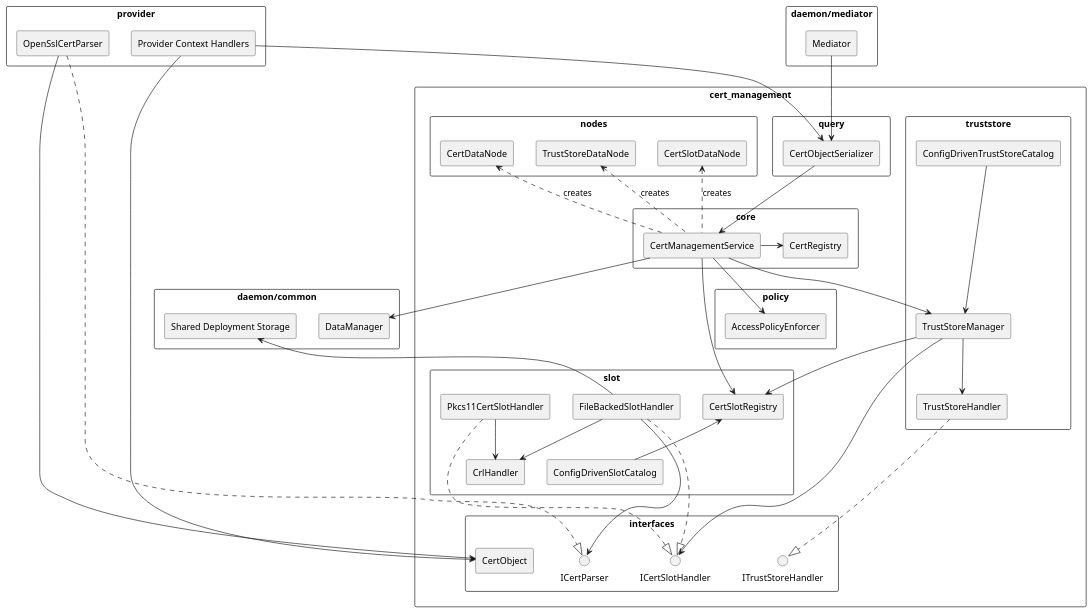
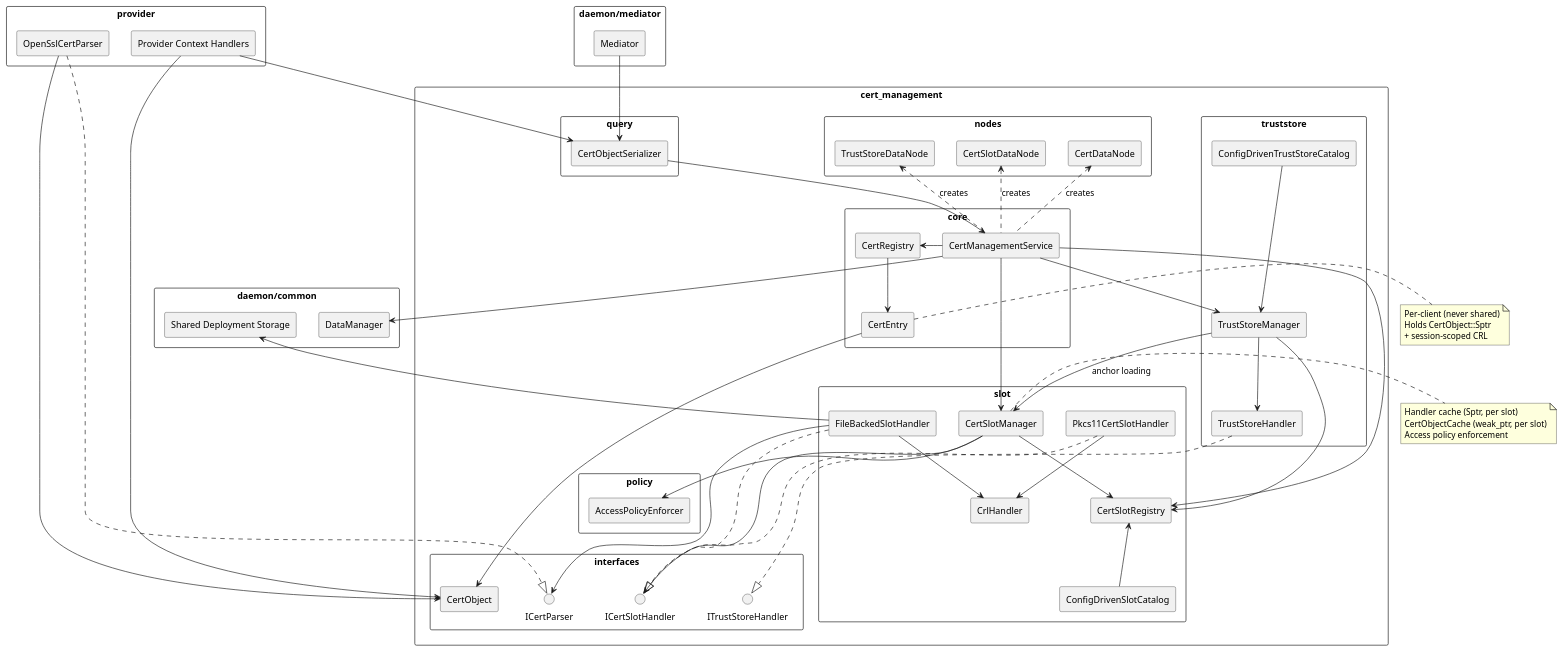
One commit to eclipse-score/inc_security_crypto changed the diagram in score/crypto/src/daemon/cert_management/docs/architecture/cert_management_static.puml. Above: the diagram before and after it, drawn with PlantUML. The commit also changed 25 other files, not shown here.

```diff
--- a/score/crypto/src/daemon/cert_management/docs/architecture/cert_management_static.puml
+++ b/score/crypto/src/daemon/cert_management/docs/architecture/cert_management_static.puml
@@ -14,84 +14,104 @@
 @startuml cert_management_static
 top to bottom direction
 skinparam componentStyle rectangle
 skinparam packageStyle rectangle
 
 package "cert_management" {
   package "core" {
     [CertManagementService]
     [CertRegistry]
+    [CertEntry]
   }
   package "interfaces" {
     interface ICertSlotHandler
     interface ITrustStoreHandler
     interface ICertParser
     [CertObject]
   }
   package "nodes" {
     [CertSlotDataNode]
     [CertDataNode]
     [TrustStoreDataNode]
   }
   package "slot" {
+    [CertSlotManager]
     [CertSlotRegistry]
     [ConfigDrivenSlotCatalog]
     [FileBackedSlotHandler]
     [Pkcs11CertSlotHandler]
     [CrlHandler]
   }
   package "truststore" {
     [TrustStoreManager]
     [TrustStoreHandler]
     [ConfigDrivenTrustStoreCatalog]
   }
   package "policy" {
     [AccessPolicyEnforcer]
   }
   package "query" {
     [CertObjectSerializer]
   }
 }
 
 package "daemon/common" {
   [DataManager]
   [Shared Deployment Storage]
 }
 
 package "provider" {
   [OpenSslCertParser]
   [Provider Context Handlers]
 }
 
 package "daemon/mediator" {
   [Mediator]
 }
 
+note right of [CertSlotManager]
+  Handler cache (Sptr, per slot)
+  CertObjectCache (weak_ptr, per slot)
+  Access policy enforcement
+end note
+
+note right of [CertEntry]
+  Per-client (never shared)
+  Holds CertObject::Sptr
+  + session-scoped CRL
+end note
+
 [CertManagementService] -> [CertRegistry]
+[CertManagementService] --> [CertSlotManager]
 [CertManagementService] --> [CertSlotRegistry]
 [CertManagementService] --> [TrustStoreManager]
-[CertManagementService] -->[DataManager]
-[CertManagementService] --> [AccessPolicyEnforcer]
+[CertManagementService] --> [DataManager]
+[CertRegistry] --> [CertEntry]
+[CertEntry] --> [CertObject]
 [CertSlotDataNode] <.. [CertManagementService] : creates
 [CertDataNode] <.. [CertManagementService] : creates
 [TrustStoreDataNode] <.. [CertManagementService] : creates
+
+[CertSlotManager] --> ICertSlotHandler
+[CertSlotManager] --> [CertSlotRegistry]
+[CertSlotManager] --> [AccessPolicyEnforcer]
 
 [CertSlotRegistry] <-- [ConfigDrivenSlotCatalog]
 [ConfigDrivenTrustStoreCatalog] ---> [TrustStoreManager]
 [TrustStoreManager] --> [CertSlotRegistry]
 [TrustStoreManager] --> [TrustStoreHandler]
-[TrustStoreManager] --> ICertSlotHandler
+[TrustStoreManager] --> [CertSlotManager] : anchor loading
 [TrustStoreHandler] ..|> ITrustStoreHandler
 [FileBackedSlotHandler] ..|> ICertSlotHandler
 [FileBackedSlotHandler] --> [CrlHandler]
 [FileBackedSlotHandler] ---> ICertParser
 [Shared Deployment Storage] <-- [FileBackedSlotHandler]
 [Pkcs11CertSlotHandler] ..|> ICertSlotHandler
 [Pkcs11CertSlotHandler] --> [CrlHandler]
 [OpenSslCertParser] ..|> ICertParser
 [OpenSslCertParser] --> [CertObject]
 [Provider Context Handlers] --> [CertObject]
 [CertObjectSerializer] --> [CertManagementService]
 [Provider Context Handlers] --> [CertObjectSerializer]
 [Mediator] --> [CertObjectSerializer]
 
 @enduml
```
